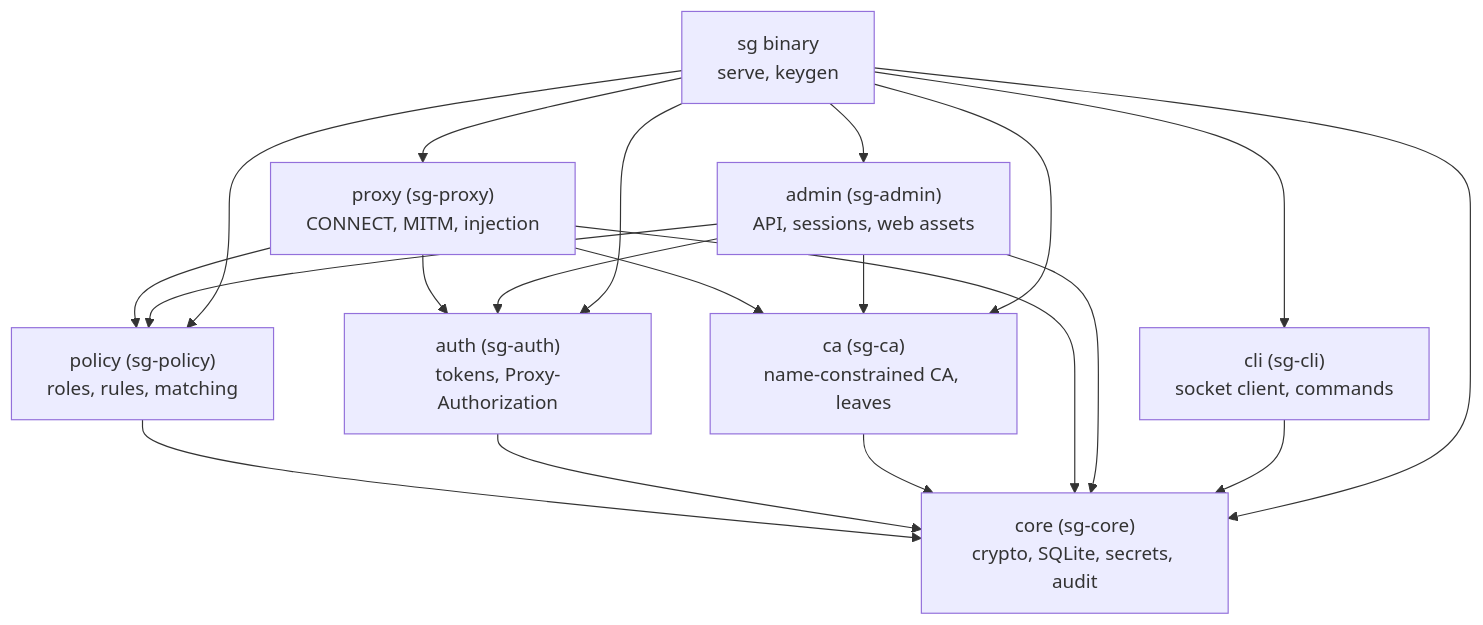
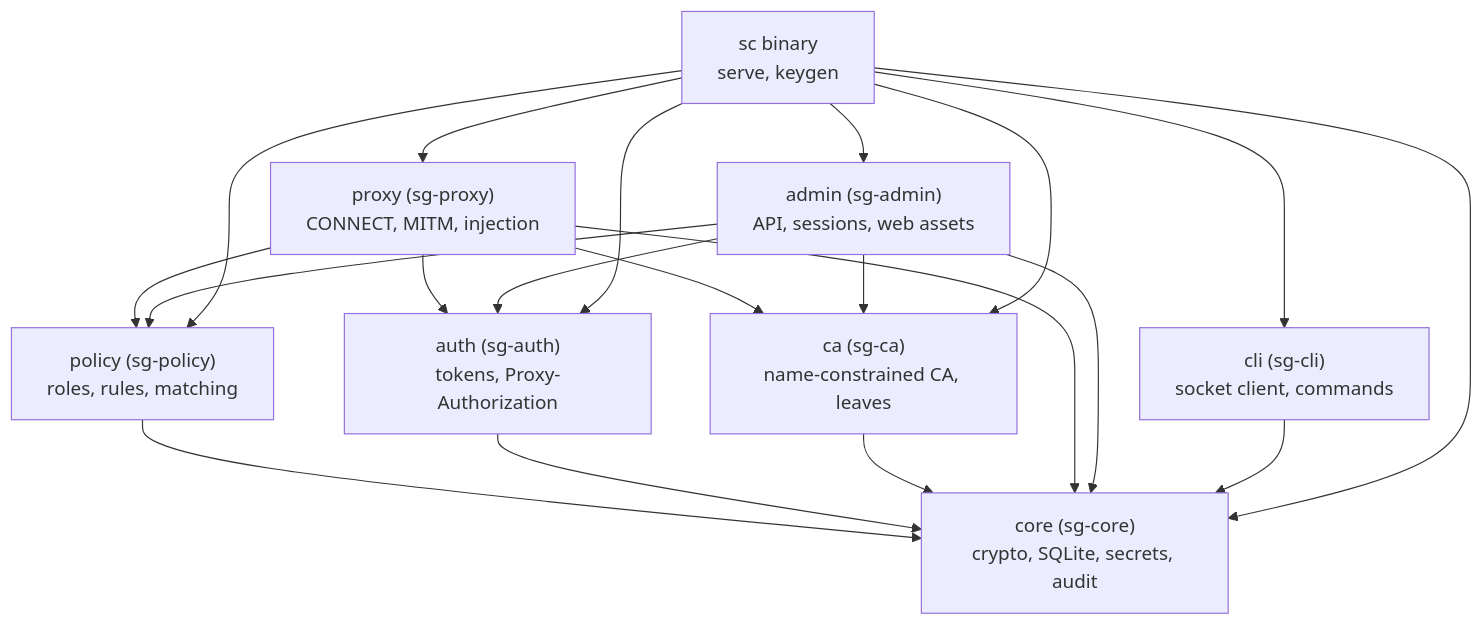
The first of 3 diagrams in docs/architecture.md (javanton/secret-custodian), drawn with Mermaid before and after one commit. The commit also changed other lines of this file and 32 other files, not shown here.

````diff
--- a/docs/architecture.md
+++ b/docs/architecture.md
@@ -71,31 +71,31 @@
 ```mermaid
 graph TD
     core["core (sg-core)<br/>crypto, SQLite, secrets, audit"]
     policy["policy (sg-policy)<br/>roles, rules, matching"]
     auth["auth (sg-auth)<br/>tokens, Proxy-Authorization"]
     ca["ca (sg-ca)<br/>name-constrained CA, leaves"]
     proxy["proxy (sg-proxy)<br/>CONNECT, MITM, injection"]
     admin["admin (sg-admin)<br/>API, sessions, web assets"]
     cli["cli (sg-cli)<br/>socket client, commands"]
-    sg["sg binary<br/>serve, keygen"]
+    sc["sc binary<br/>serve, keygen"]
 
     policy --> core
     auth --> core
     ca --> core
     proxy --> core
     proxy --> policy
     proxy --> auth
     proxy --> ca
     admin --> core
     admin --> policy
     admin --> auth
     admin --> ca
     cli --> core
-    sg --> proxy
-    sg --> admin
-    sg --> cli
-    sg --> core
-    sg --> policy
-    sg --> auth
-    sg --> ca
+    sc --> proxy
+    sc --> admin
+    sc --> cli
+    sc --> core
+    sc --> policy
+    sc --> auth
+    sc --> ca
 ```
````
